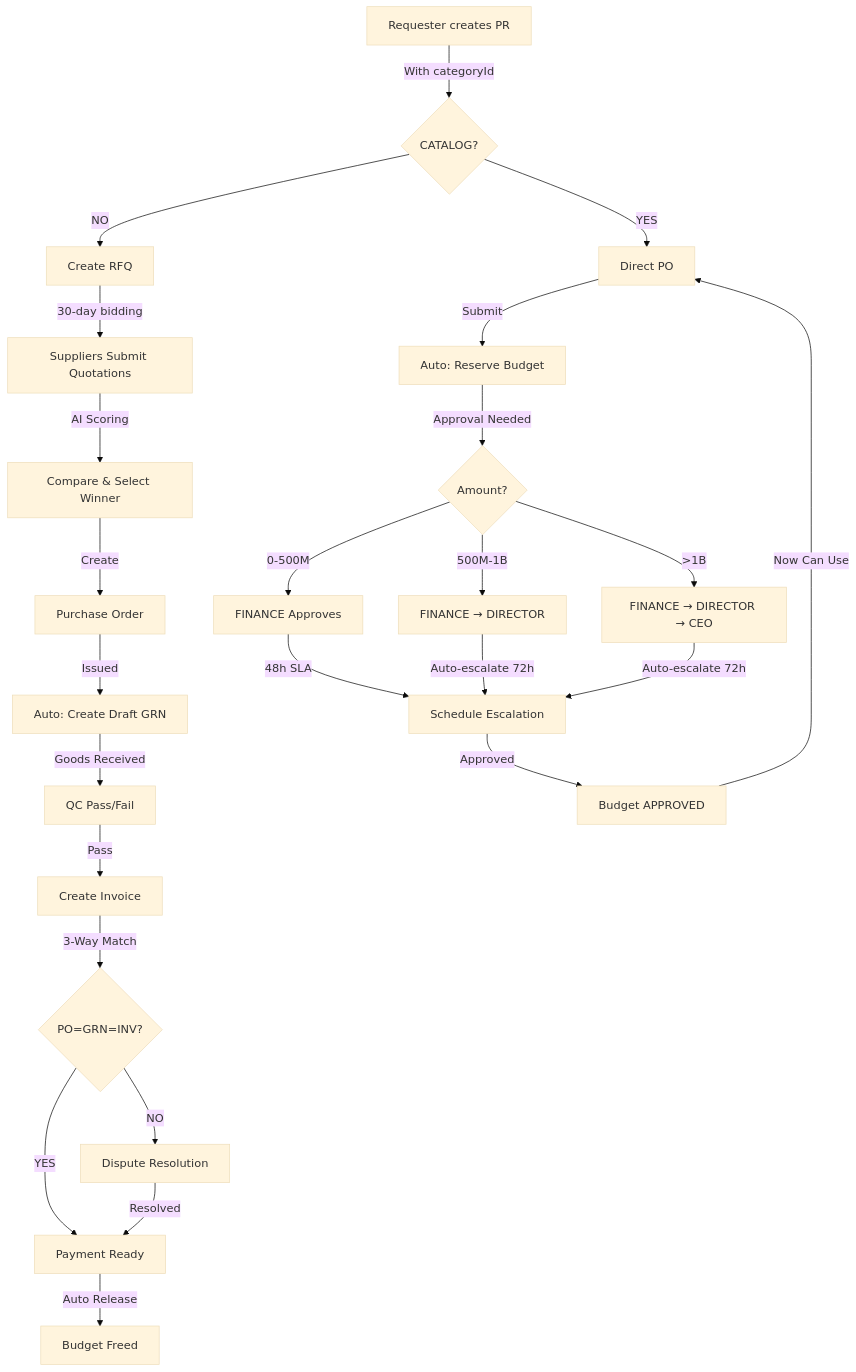
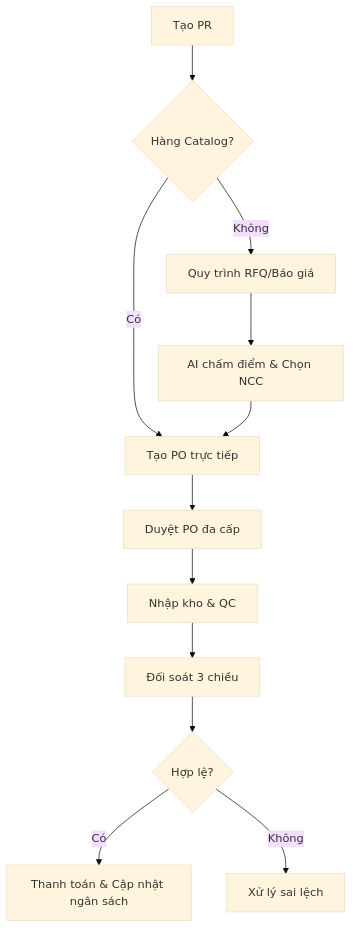
Before and after one commit to NguyenDinhNam28803/Order_Management_System: the diagram in README.md, drawn with Mermaid (base theme). The commit also changed other lines of this file, not shown here.

````diff
--- a/README.md
+++ b/README.md
@@ -1398,36 +39,14 @@
 ```mermaid
 graph TD
-    A[Requester creates PR] -->|With categoryId| B{CATALOG?}
-    B -->|YES| C[Direct PO]
-    B -->|NO| D[Create RFQ]
-    
-    C -->|Submit| E[Auto: Reserve Budget]
-    D -->|30-day bidding| F[Suppliers Submit Quotations]
-    
-    F -->|AI Scoring| G[Compare & Select Winner]
-    G -->|Create| H[Purchase Order]
-    
-    H -->|Issued| I[Auto: Create Draft GRN]
-    I -->|Goods Received| J[QC Pass/Fail]
-    
-    J -->|Pass| K[Create Invoice]
-    K -->|3-Way Match| L{PO=GRN=INV?}
-    
-    L -->|YES| M[Payment Ready]
-    L -->|NO| N[Dispute Resolution]
-    
-    N -->|Resolved| M
-    M -->|Auto Release| O[Budget Freed]
-    
-    E -->|Approval Needed| P{Amount?}
-    P -->|0-500M| Q[FINANCE Approves]
-    P -->|500M-1B| R[FINANCE → DIRECTOR]
-    P -->|>1B| S[FINANCE → DIRECTOR → CEO]
-    
-    Q -->|48h SLA| T[Schedule Escalation]
-    R -->|Auto-escalate 72h| T
-    S -->|Auto-escalate 72h| T
-    
-    T -->|Approved| U[Budget APPROVED]
-    U -->|Now Can Use| C
+    A[Tạo PR] --> B{Hàng Catalog?}
+    B -->|Có| C[Tạo PO trực tiếp]
+    B -->|Không| D[Quy trình RFQ/Báo giá]
+    D --> E[AI chấm điểm & Chọn NCC]
+    E --> C
+    C --> F[Duyệt PO đa cấp]
+    F --> G[Nhập kho & QC]
+    G --> H[Đối soát 3 chiều]
+    H --> I{Hợp lệ?}
+    I -->|Có| J[Thanh toán & Cập nhật ngân sách]
+    I -->|Không| K[Xử lý sai lệch]
 ```
````
